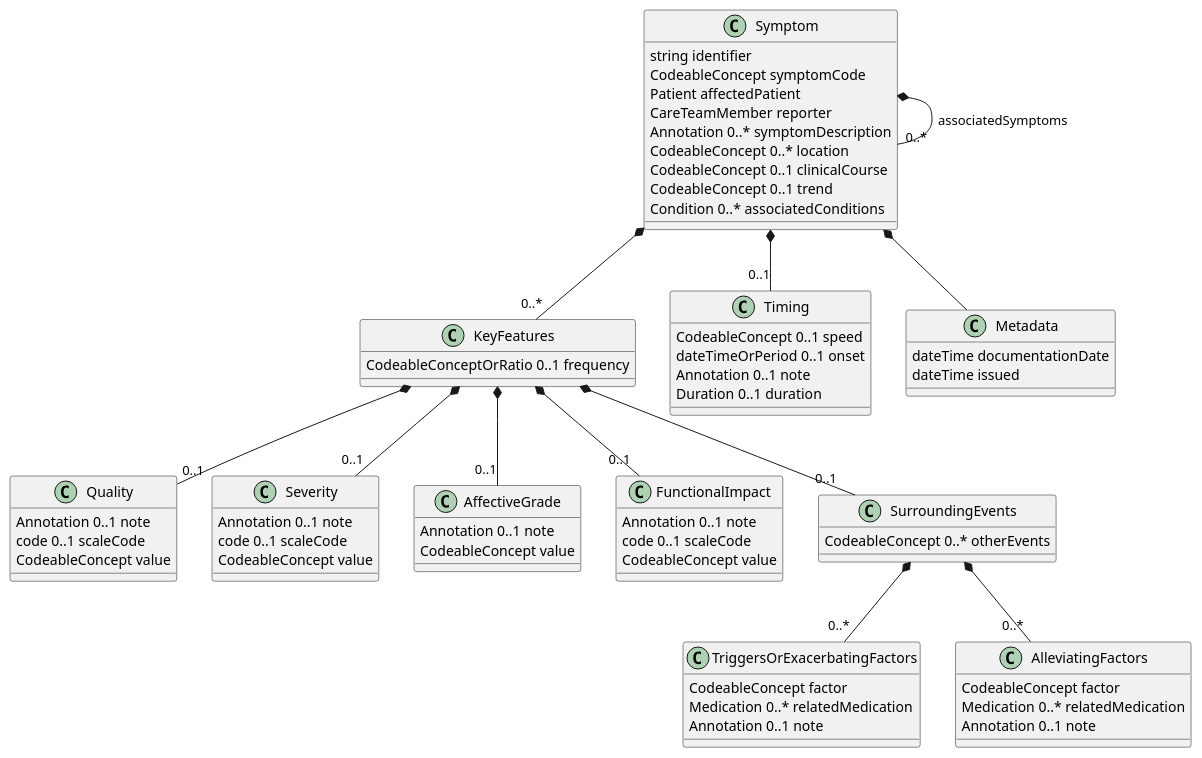
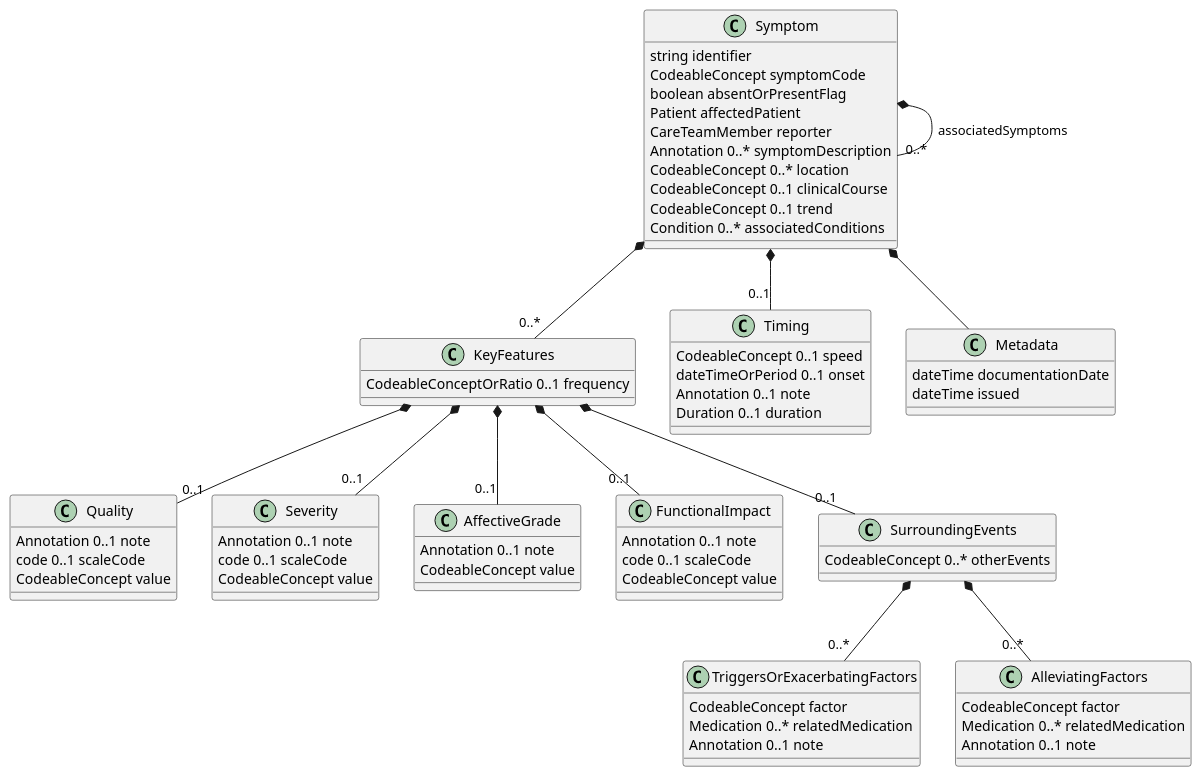
Before and after one commit to HL7/fhir-symptoms-ig: the diagram in input/images-source/SymptomLogicalModel.plantuml, drawn with PlantUML. The commit also changed 2 other files, not shown here.

Commit message:
Added absent/present flag to logical model.

```diff
--- a/input/images-source/SymptomLogicalModel.plantuml
+++ b/input/images-source/SymptomLogicalModel.plantuml
@@ -1,72 +1,73 @@
 @startuml
 class Symptom {
   string identifier
   CodeableConcept symptomCode
+  boolean absentOrPresentFlag
   Patient affectedPatient
   CareTeamMember reporter
   Annotation 0..* symptomDescription
   CodeableConcept 0..* location
   CodeableConcept 0..1 clinicalCourse
   CodeableConcept 0..1 trend
   Condition 0..* associatedConditions
 }
 Symptom *-- "0..*" Symptom : associatedSymptoms
 Symptom *-- "0..*" KeyFeatures
 class KeyFeatures {
   CodeableConceptOrRatio 0..1 frequency
 }
 KeyFeatures *-- "0..1" Quality
 class Quality {
   Annotation 0..1 note
   code 0..1 scaleCode
   CodeableConcept value
 }
 KeyFeatures *-- "0..1" Severity
 class Severity {
   Annotation 0..1 note
   code 0..1 scaleCode
   CodeableConcept value
 }
 KeyFeatures *-- "0..1" AffectiveGrade
 class AffectiveGrade {
   Annotation 0..1 note
   CodeableConcept value
 }
 KeyFeatures *-- "0..1" FunctionalImpact
 class FunctionalImpact {
   Annotation 0..1 note
   code 0..1 scaleCode
   CodeableConcept value
 }
 KeyFeatures *-- "0..1" SurroundingEvents
 class SurroundingEvents {
   CodeableConcept 0..* otherEvents
 }
 SurroundingEvents *-- "0..*" TriggersOrExacerbatingFactors
 class TriggersOrExacerbatingFactors {
   CodeableConcept factor
   Medication 0..* relatedMedication
   Annotation 0..1 note
 }
 SurroundingEvents *-- "0..*" AlleviatingFactors
 class AlleviatingFactors {
   CodeableConcept factor
   Medication 0..* relatedMedication
   Annotation 0..1 note
 }
 
 Symptom *-- "0..1" Timing
 class Timing {
   CodeableConcept 0..1 speed
   dateTimeOrPeriod 0..1 onset
   Annotation 0..1 note
   Duration 0..1 duration
 }
 
 Symptom *-- Metadata
 class Metadata {
 dateTime documentationDate
 dateTime issued
 }
 
 @enduml
```
